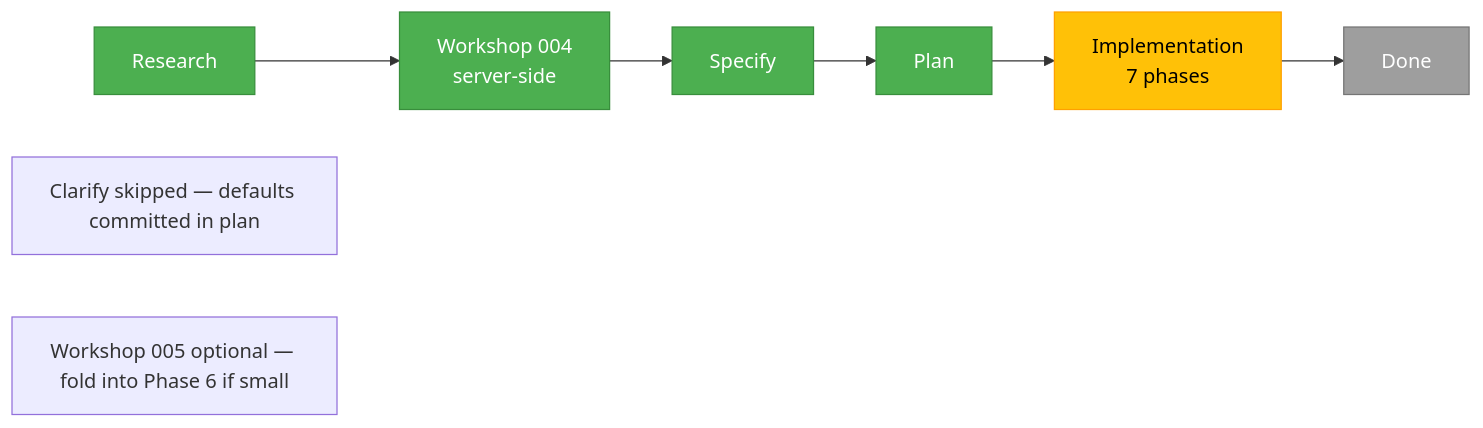
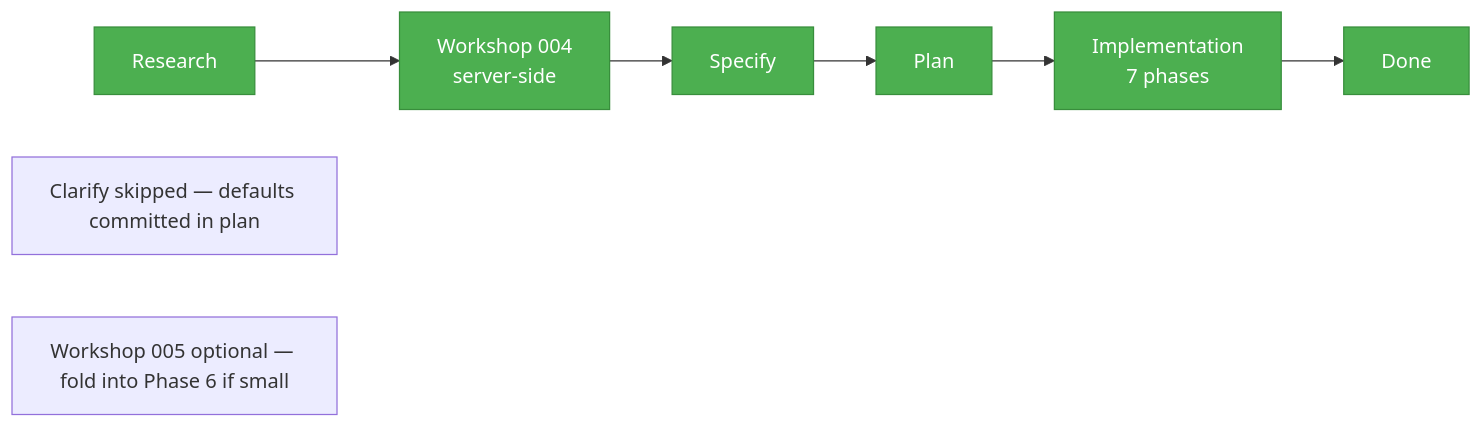
Before and after one commit to AI-Substrate/chainglass: the second of 2 diagrams in docs/plans/084-random-enhancements-3/auth-bootstrap-code.fltplan.md, drawn with Mermaid. The commit also changed other lines of this file and 43 other files, not shown here.

````diff
--- a/docs/plans/084-random-enhancements-3/auth-bootstrap-code.fltplan.md
+++ b/docs/plans/084-random-enhancements-3/auth-bootstrap-code.fltplan.md
@@ -109,15 +109,15 @@
 ```mermaid
 flowchart LR
     classDef done fill:#4CAF50,stroke:#388E3C,color:#fff
     classDef active fill:#FFC107,stroke:#FFA000,color:#000
     classDef ready fill:#9E9E9E,stroke:#757575,color:#fff
 
     R[Research]:::done --> W1[Workshop 004<br/>server-side]:::done
     W1 --> S[Specify]:::done
     S --> P[Plan]:::done
-    P --> I[Implementation<br/>7 phases]:::active
-    I --> D[Done]:::ready
+    P --> I[Implementation<br/>7 phases]:::done
+    I --> D[Done]:::done
 
     note1[Clarify skipped — defaults committed in plan]
     note2[Workshop 005 optional — fold into Phase 6 if small]
 ```
````
